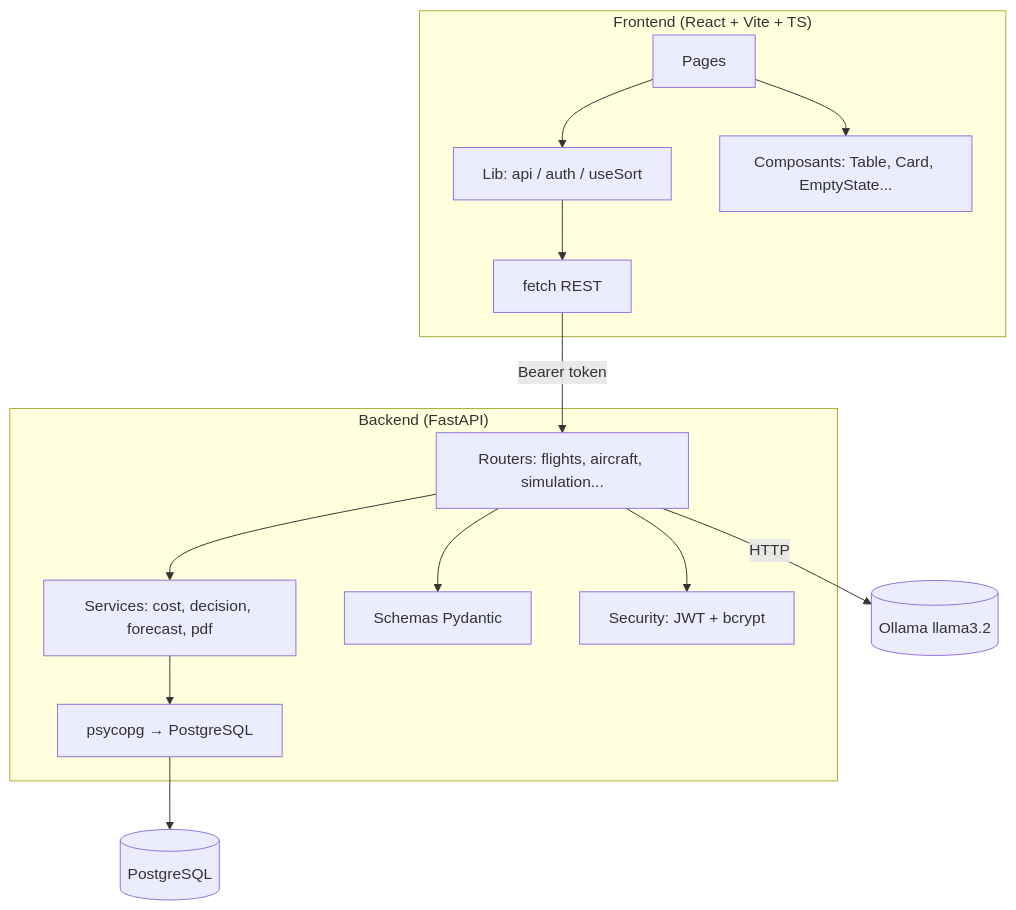
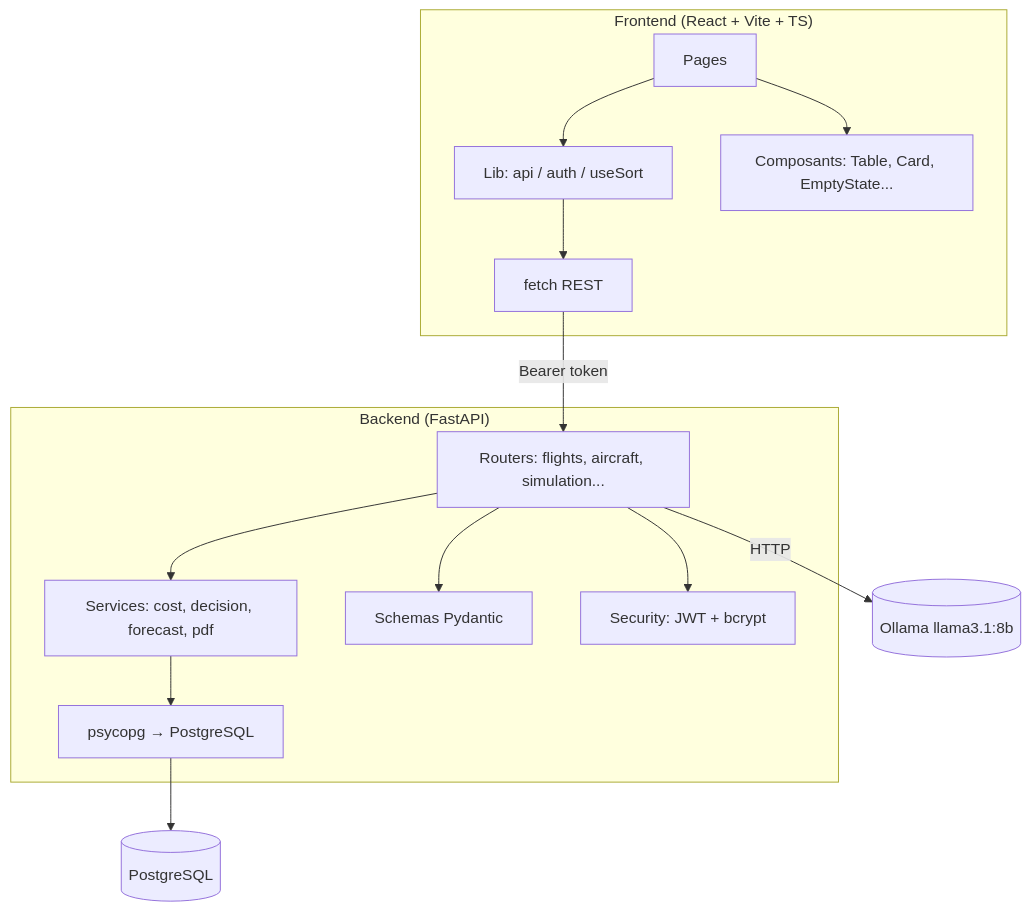
The third of 5 diagrams in docs/demo-guide.md (salahadam036-dot/ram-flight-cost-calculator), drawn with Mermaid before and after one commit. The commit also changed other lines of this file and 11 other files, not shown here.

````diff
--- a/docs/demo-guide.md
+++ b/docs/demo-guide.md
@@ -223,17 +223,17 @@
 ```mermaid
 flowchart TB
     subgraph Frontend["Frontend (React + Vite + TS)"]
         P[Pages] --> L[Lib: api / auth / useSort]
         P --> C[Composants: Table, Card, EmptyState...]
         L --> A[fetch REST]
     end
     subgraph Backend["Backend (FastAPI)"]
         R[Routers: flights, aircraft, simulation...] --> S[Services: cost, decision, forecast, pdf]
         R --> Sc[Schemas Pydantic]
         R --> Sec[Security: JWT + bcrypt]
         S --> DB[psycopg → PostgreSQL]
     end
     A -->|Bearer token| R
     DB --> Postgres[(PostgreSQL)]
-    R -->|HTTP| Ollama[(Ollama llama3.2)]
+    R -->|HTTP| Ollama[(Ollama llama3.1:8b)]
 ```
````
